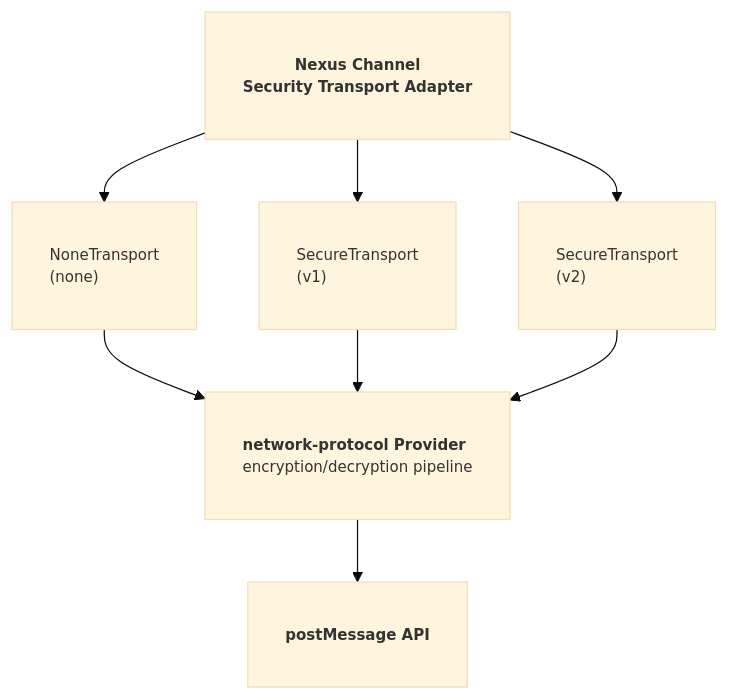
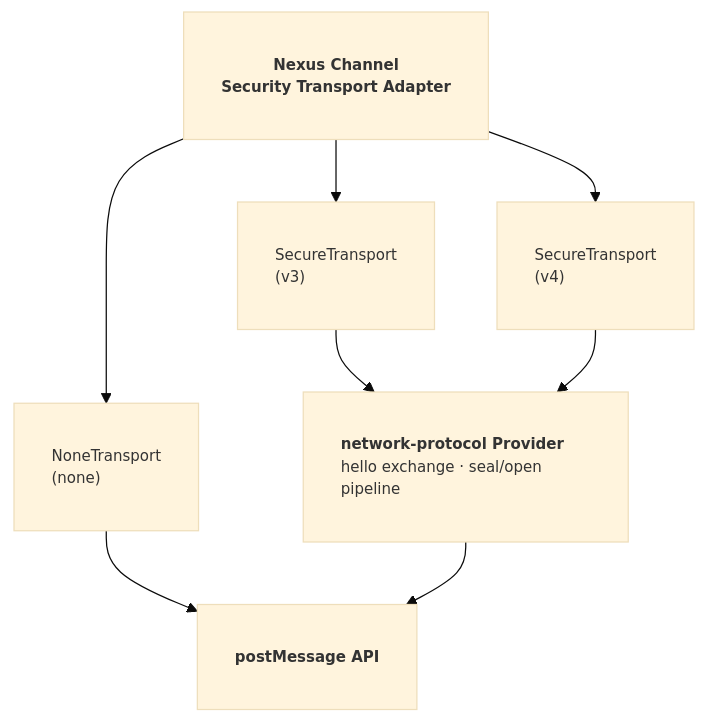
One commit to AndrewRedican/hyperfrontend changed the eighth of 8 diagrams in libs/nexus/ARCHITECTURE.md. Above: the diagram before and after it, drawn with Mermaid. The commit also changed other lines of this file and 1 other file, not shown here.

````diff
--- a/libs/nexus/ARCHITECTURE.md
+++ b/libs/nexus/ARCHITECTURE.md
@@ -692,28 +713,28 @@
 ```mermaid
 ---
 config:
   theme: base
   themeVariables:
     fontSize: 12px
 ---
 flowchart TB
     Channel["<b>Nexus Channel</b><br/><b>Security Transport Adapter</b>"]:::header
 
     None["NoneTransport<br/>(none)"]:::leftAlign
-    V1["SecureTransport<br/>(v1)"]:::leftAlign
-    V2["SecureTransport<br/>(v2)"]:::leftAlign
+    V3["SecureTransport<br/>(v3)"]:::leftAlign
+    V4["SecureTransport<br/>(v4)"]:::leftAlign
 
-    Provider["<b>network-protocol Provider</b><br/>encryption/decryption pipeline"]:::leftAlign
+    Provider["<b>network-protocol Provider</b><br/>hello exchange · seal/open pipeline"]:::leftAlign
     API["<b>postMessage API</b>"]:::header
 
     Channel --> None
-    Channel --> V1
-    Channel --> V2
-    None --> Provider
-    V1 --> Provider
-    V2 --> Provider
+    Channel --> V3
+    Channel --> V4
+    None --> API
+    V3 --> Provider
+    V4 --> Provider
     Provider --> API
 
     classDef leftAlign text-align:left,padding:8px
     classDef header text-align:center,padding:8px
 ```
````
